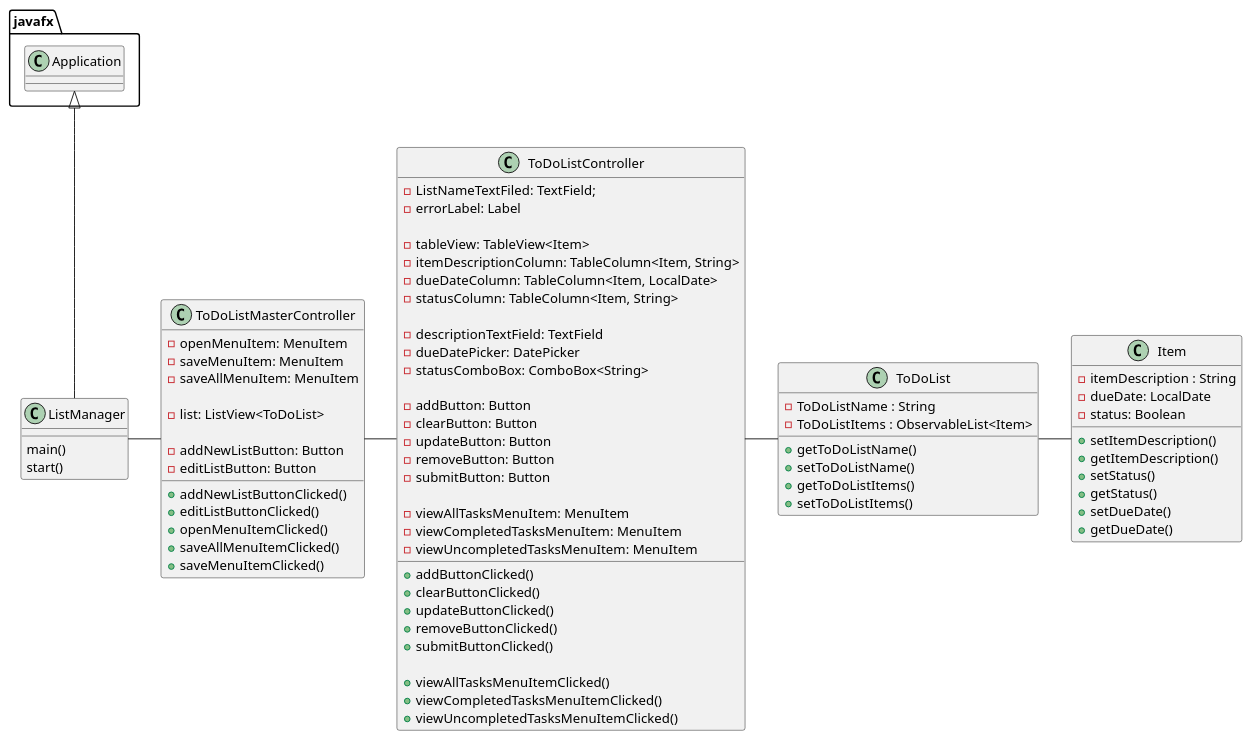
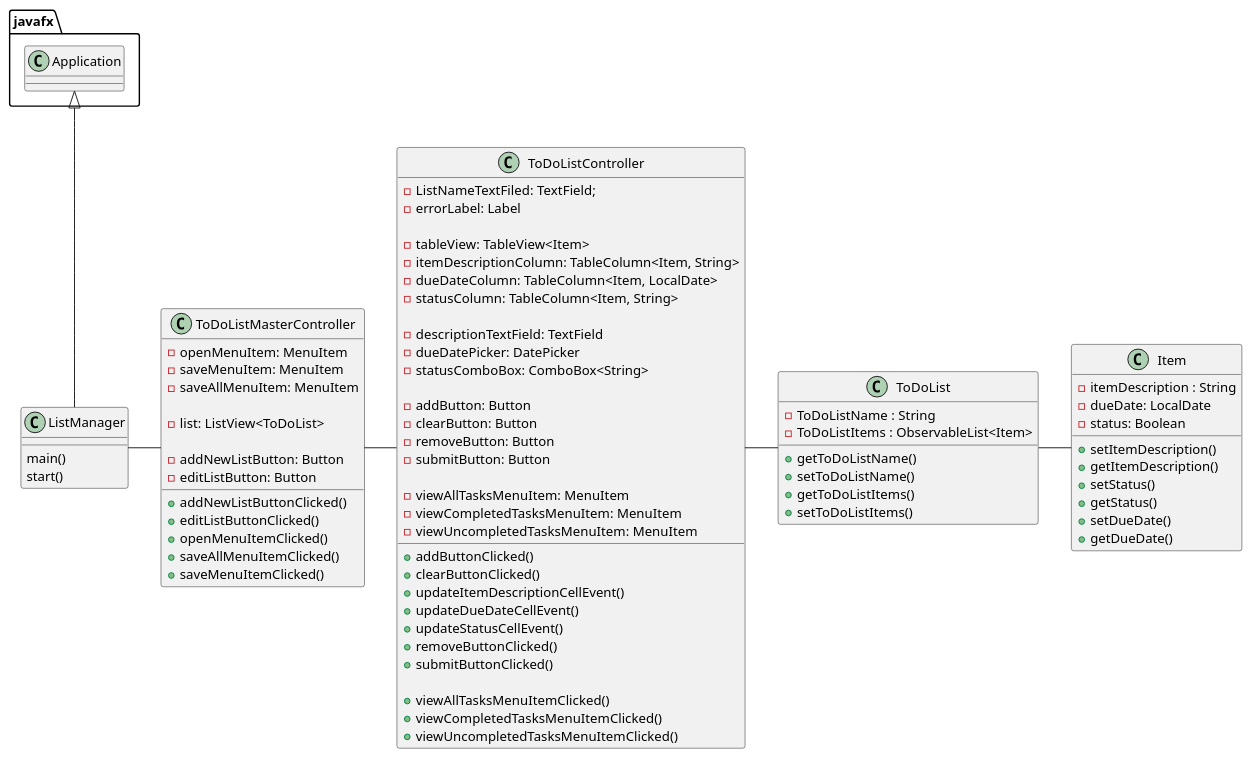
The diagram in uml/ClassDiagram.puml (mredelis/COP3330-OOP-AS4Part1-Summer21), drawn with PlantUML before and after one commit. The commit also changed 12 other files, not shown here.

```diff
--- a/uml/ClassDiagram.puml
+++ b/uml/ClassDiagram.puml
@@ -1,91 +1,92 @@
 @startuml
 'https://plantuml.com/class-diagram
 
 class ListManager{
     main()
     start()
 }
 
 class ToDoListMasterController{
 
     - openMenuItem: MenuItem
     - saveMenuItem: MenuItem
     - saveAllMenuItem: MenuItem
 
     - list: ListView<ToDoList>
 
     - addNewListButton: Button
     - editListButton: Button
 
     + addNewListButtonClicked()
     + editListButtonClicked()
     + openMenuItemClicked()
     + saveAllMenuItemClicked()
     + saveMenuItemClicked()
 }
 
 class ToDoListController{
     - ListNameTextFiled: TextField;
     - errorLabel: Label
 
     - tableView: TableView<Item>
     - itemDescriptionColumn: TableColumn<Item, String>
     - dueDateColumn: TableColumn<Item, LocalDate>
     - statusColumn: TableColumn<Item, String>
 
     - descriptionTextField: TextField
     - dueDatePicker: DatePicker
     - statusComboBox: ComboBox<String>
 
     - addButton: Button
     - clearButton: Button
-    - updateButton: Button
     - removeButton: Button
     - submitButton: Button
 
     - viewAllTasksMenuItem: MenuItem
     - viewCompletedTasksMenuItem: MenuItem
     - viewUncompletedTasksMenuItem: MenuItem
 
     + addButtonClicked()
     + clearButtonClicked()
-    + updateButtonClicked()
+    + updateItemDescriptionCellEvent()
+    + updateDueDateCellEvent()
+    + updateStatusCellEvent()
     + removeButtonClicked()
     + submitButtonClicked()
 
     + viewAllTasksMenuItemClicked()
     + viewCompletedTasksMenuItemClicked()
     + viewUncompletedTasksMenuItemClicked()
 }
 
 class ToDoList{
     - ToDoListName : String
     - ToDoListItems : ObservableList<Item>
 
     + getToDoListName()
     + setToDoListName()
     + getToDoListItems()
     + setToDoListItems()
 }
 
 class Item{
     - itemDescription : String
     - dueDate: LocalDate
     - status: Boolean
 
     + setItemDescription()
     + getItemDescription()
     + setStatus()
     + getStatus()
     + setDueDate()
     + getDueDate()
 }
 
 javafx.Application <|-- ListManager
 ListManager - ToDoListMasterController
 ToDoListMasterController - ToDoListController
 ToDoListController - ToDoList
 ToDoList - Item
 
 
 @enduml
```
